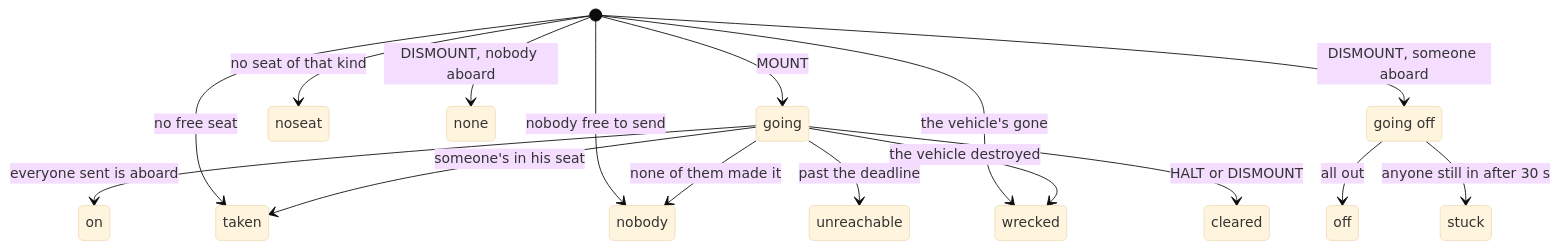
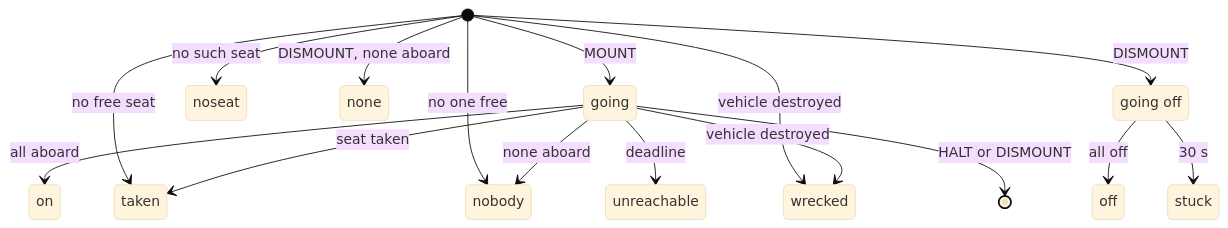
One commit to Neefay/arma3-llm-harness changed the eighth of 23 diagrams in docs/COMMANDER_MODEL.md. Above: the diagram before and after it, drawn with Mermaid (base theme). The commit also changed other lines of this file and 1 other file, not shown here.

````diff
--- a/docs/COMMANDER_MODEL.md
+++ b/docs/COMMANDER_MODEL.md
@@ -743,29 +374,29 @@
 ```mermaid
 stateDiagram-v2
   state "going" as going
   state "on" as on
   state "taken" as taken
   state "nobody" as nobody
   state "noseat" as noseat
   state "unreachable" as unreachable
   state "wrecked" as wrecked
   state "none" as none
   state "going off" as going_off
   state "off" as off
   state "stuck" as stuck
   [*] --> going: MOUNT
-  [*] --> wrecked: the vehicle's gone
-  [*] --> noseat: no seat of that kind
+  [*] --> wrecked: vehicle destroyed
+  [*] --> noseat: no such seat
   [*] --> taken: no free seat
-  [*] --> nobody: nobody free to send
-  going --> on: everyone sent is aboard
-  going --> taken: someone's in his seat
-  going --> nobody: none of them made it
-  going --> unreachable: past the deadline
-  going --> wrecked: the vehicle destroyed
-  going --> cleared: HALT or DISMOUNT
-  [*] --> going_off: DISMOUNT, someone aboard
-  [*] --> none: DISMOUNT, nobody aboard
-  going_off --> off: all out
-  going_off --> stuck: anyone still in after 30 s
+  [*] --> nobody: no one free
+  going --> on: all aboard
+  going --> taken: seat taken
+  going --> nobody: none aboard
+  going --> unreachable: deadline
+  going --> wrecked: vehicle destroyed
+  going --> [*]: HALT or DISMOUNT
+  [*] --> going_off: DISMOUNT
+  [*] --> none: DISMOUNT, none aboard
+  going_off --> off: all off
+  going_off --> stuck: 30 s
 ```
````
